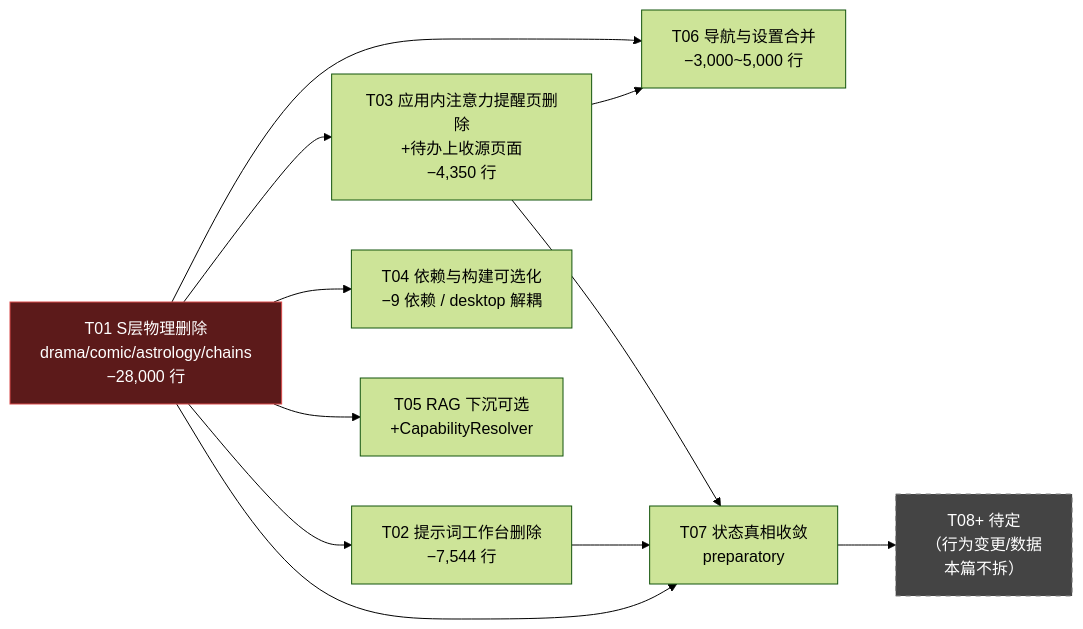
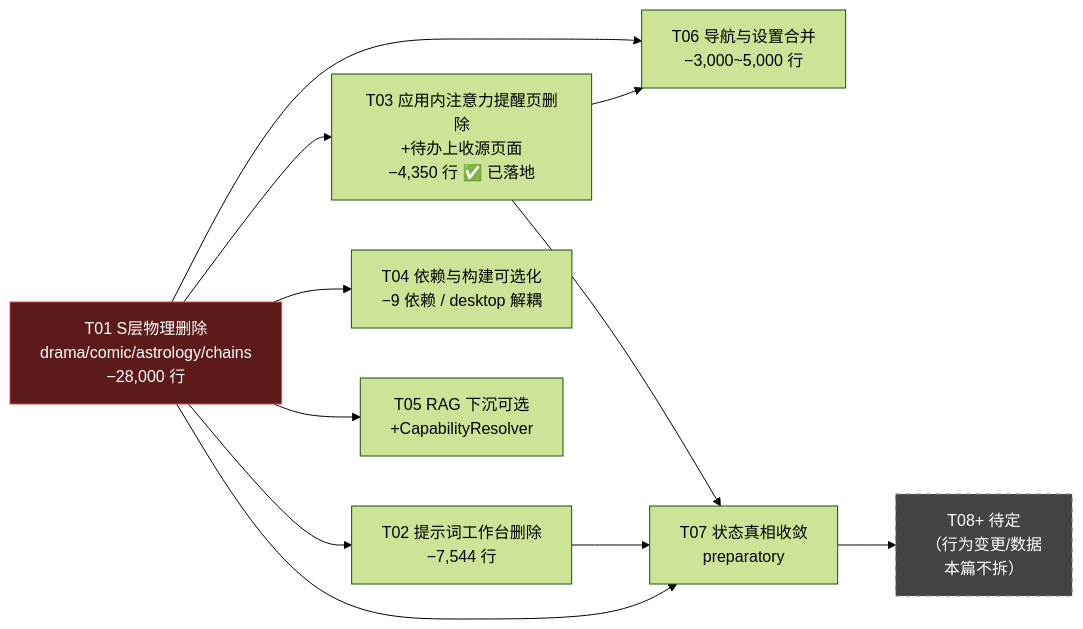
Before and after one commit to ourvps1688/novel2all: the second of 2 diagrams in docs/simplification/02-architecture-simplification-plan.md, drawn with Mermaid (forest theme). The commit also changed other lines of this file and 6 other files, not shown here.

````diff
--- a/docs/simplification/02-architecture-simplification-plan.md
+++ b/docs/simplification/02-architecture-simplification-plan.md
@@ -760,25 +762,25 @@
 ```mermaid
 graph LR
     T01["T01 S层物理删除<br/>drama/comic/astrology/chains<br/>−28,000 行"]
     T02["T02 提示词工作台删除<br/>−7,544 行"]
-    T03["T03 应用内注意力提醒页删除<br/>+待办上收源页面<br/>−4,350 行"]
+    T03["T03 应用内注意力提醒页删除<br/>+待办上收源页面<br/>−4,350 行 ✅ 已落地"]
     T04["T04 依赖与构建可选化<br/>−9 依赖 / desktop 解耦"]
     T05["T05 RAG 下沉可选<br/>+CapabilityResolver"]
     T06["T06 导航与设置合并<br/>−3,000~5,000 行"]
     T07["T07 状态真相收敛<br/> preparatory"]
     T08["T08+ 待定<br/>（行为变更/数据<br/>本篇不拆）"]
 
     T01 --> T02
     T01 --> T03
     T01 --> T04
     T01 --> T05
     T01 --> T07
     T02 --> T07
     T03 --> T06
     T01 --> T06
     T03 --> T07
     T07 --> T08
 
     style T01 fill:#5c1a1a,stroke:#d94a4a,color:#fff
     style T08 fill:#444,stroke:#888,color:#fff,stroke-dasharray: 5 5
 ```
````
